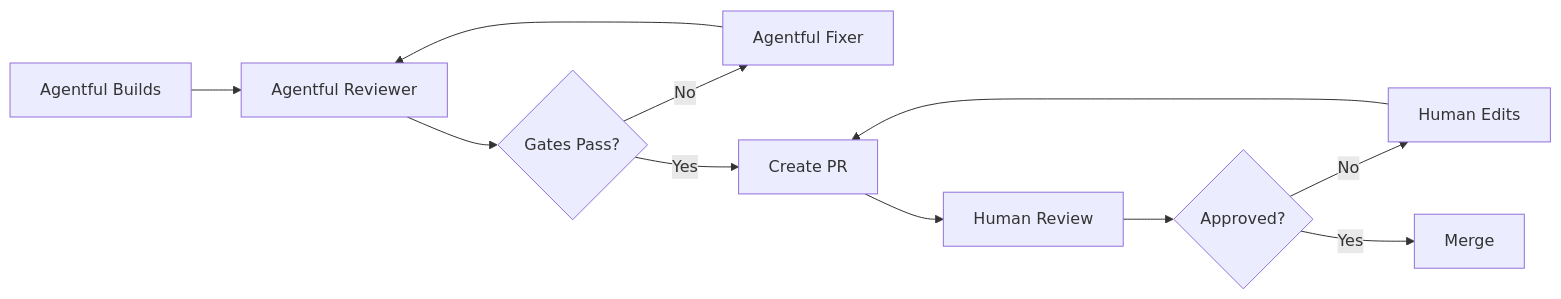
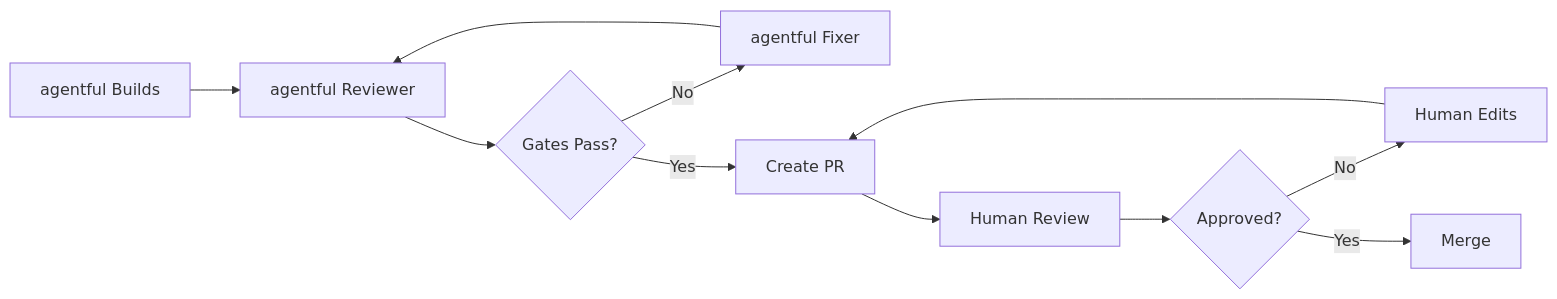
One commit to itz4blitz/agentful changed the diagram in docs/pages/guides/team-adoption.mdx. Above: the diagram before and after it, drawn with Mermaid. The commit also changed other lines of this file and 97 other files, not shown here.

````diff
--- a/docs/pages/guides/team-adoption.mdx
+++ b/docs/pages/guides/team-adoption.mdx
@@ -636,13 +636,13 @@
 ```mermaid
 graph LR
-    A[Agentful Builds] --> B[Agentful Reviewer]
+    A[agentful Builds] --> B[agentful Reviewer]
     B --> C{Gates Pass?}
-    C -->|No| D[Agentful Fixer]
+    C -->|No| D[agentful Fixer]
     D --> B
     C -->|Yes| E[Create PR]
     E --> F[Human Review]
     F --> G{Approved?}
     G -->|No| H[Human Edits]
     H --> E
     G -->|Yes| I[Merge]
 ```
````
